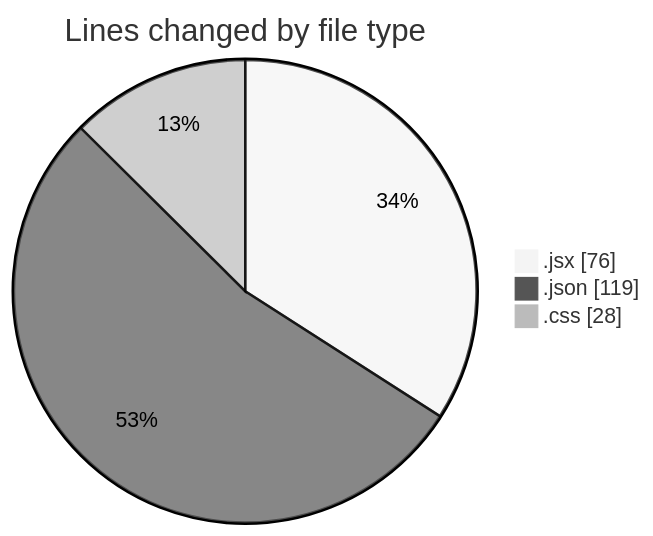
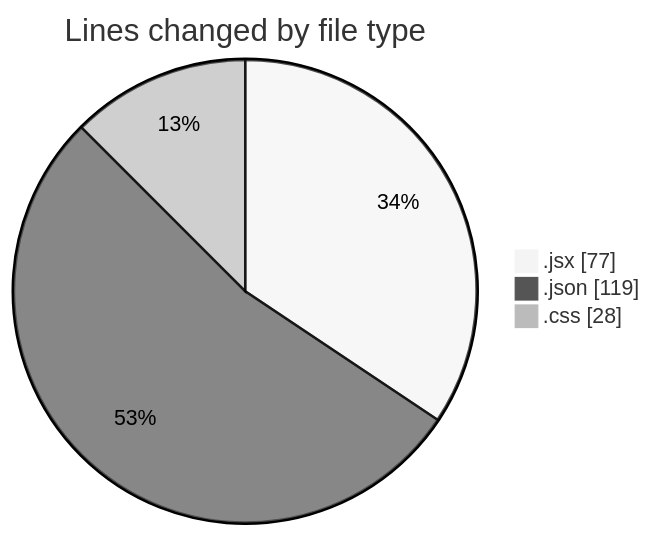
The first of 2 diagrams in 2025-01-24/react/README.md (Elitesun/code-tracking), drawn with Mermaid (neutral theme) before and after one commit. The commit also changed other lines of this file and 1 other file, not shown here.

````diff
--- a/2025-01-24/react/README.md
+++ b/2025-01-24/react/README.md
@@ -26,7 +26,7 @@
 ```mermaid
 pie showData
 title Lines changed by file type
-".jsx" : 76
+".jsx" : 77
 ".json" : 119
 ".css" : 28
 ```
````
